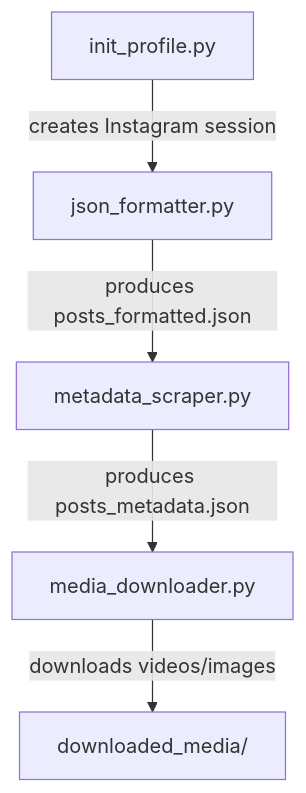
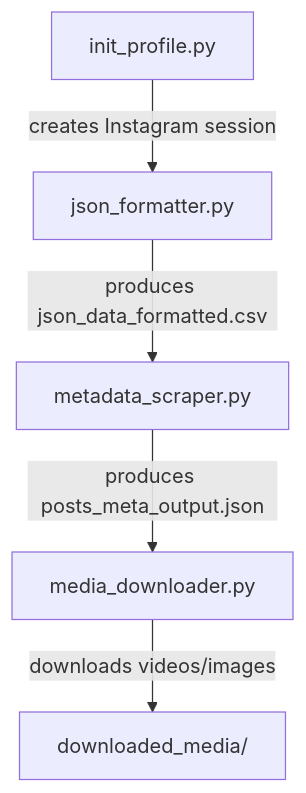
Before and after one commit to Kgpianghosh006/Metadata_Extraction: the diagram in Instagram/README.md, drawn with Mermaid. The commit also changed other lines of this file, not shown here.

````diff
--- a/Instagram/README.md
+++ b/Instagram/README.md
@@ -33,7 +33,7 @@
 ```mermaid
 flowchart TD
     A[init_profile.py] -->|creates Instagram session| B[json_formatter.py]
-    B -->|produces posts_formatted.json| C[metadata_scraper.py]
-    C -->|produces posts_metadata.json| D[media_downloader.py]
+    B -->|produces json_data_formatted.csv| C[metadata_scraper.py]
+    C -->|produces posts_meta_output.json| D[media_downloader.py]
     D -->|downloads videos/images| E[downloaded_media/]
 ```
````
